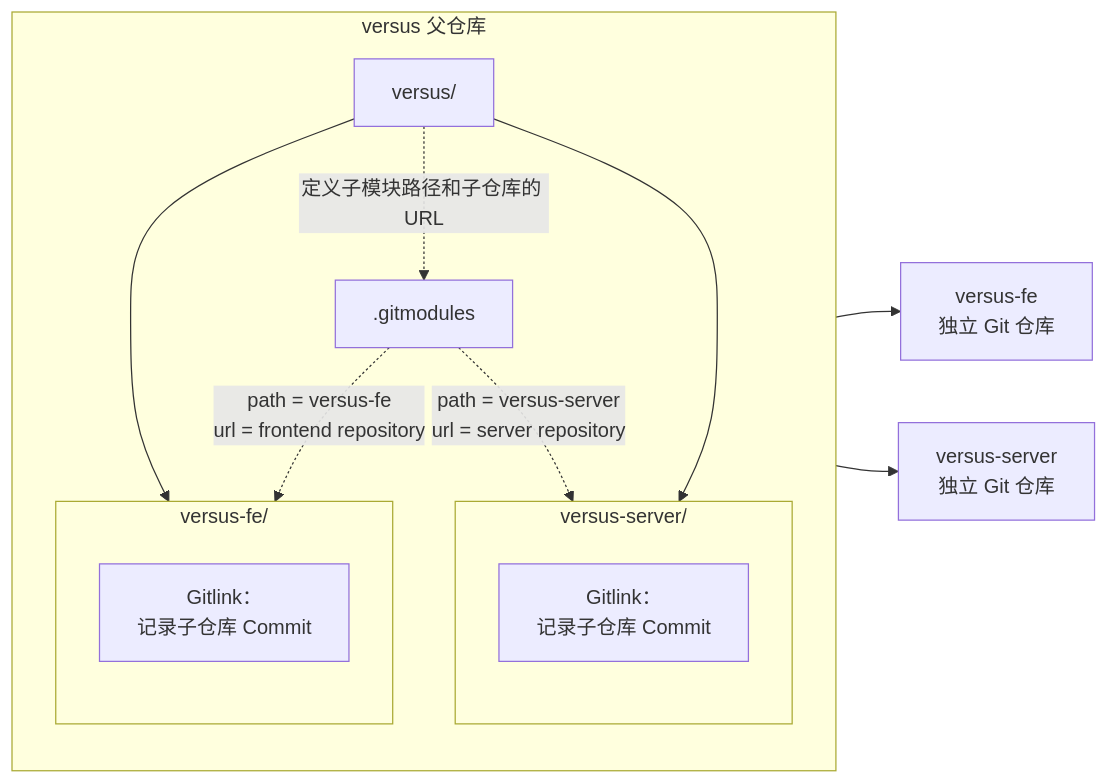
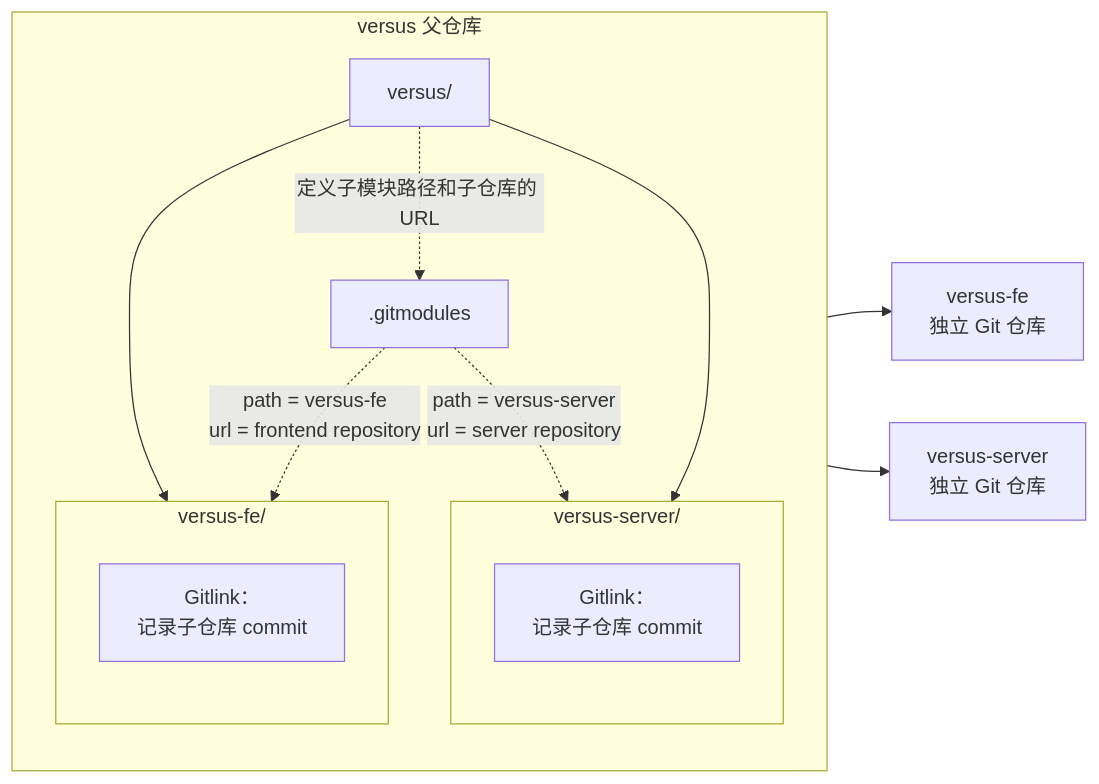
Before and after one commit to wangwei1237/wangwei1237.github.io_src: the first of 4 diagrams in source/_posts/Git-Worktree-Based-on-Multiple-Repositories-for-Coding-Agent.md, drawn with Mermaid. The commit also changed other lines of this file, not shown here.

````diff
--- a/source/_posts/Git-Worktree-Based-on-Multiple-Repositories-for-Coding-Agent.md
+++ b/source/_posts/Git-Worktree-Based-on-Multiple-Repositories-for-Coding-Agent.md
@@ -29,30 +29,30 @@
 ```mermaid
 flowchart LR
     subgraph ParentRepo["versus 父仓库"]
         direction TB
 
         Root["versus/"]
         Config[".gitmodules"]
 
         subgraph ServerPath["versus-server/"]
             direction TB
-            ServerRepo["Gitlink：<br/>记录子仓库 Commit"]
+            ServerRepo["Gitlink：<br/>记录子仓库 commit"]
         end
 
         subgraph FrontendPath["versus-fe/"]
             direction TB
-            FrontendRepo["Gitlink：<br/>记录子仓库 Commit"]
+            FrontendRepo["Gitlink：<br/>记录子仓库 commit"]
         end
 
         Root -.->|"定义子模块路径和子仓库的 URL"| Config
         Root --> ServerRepo
         Config -.->|"path = versus-server<br/>url = server repository"| ServerRepo
         Config -.->|"path = versus-fe<br/>url = frontend repository"| FrontendRepo
-        Root --> FrontendRepo        
+        Root --> FrontendRepo
     end
 
     Server[versus-server<br/> 独立 Git 仓库]
     Frontend[versus-fe<br/>独立 Git 仓库]
     FrontendRepo --> Frontend
     ServerRepo --> Server
 ```
````
